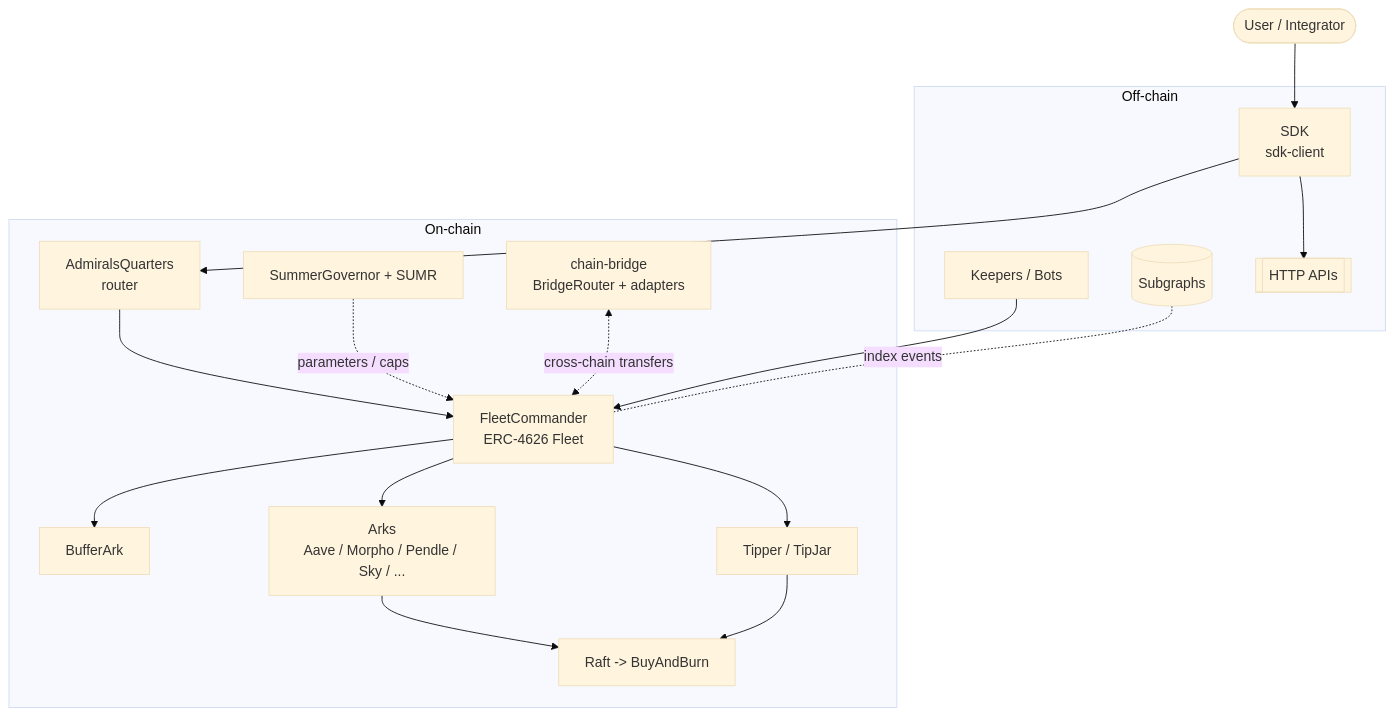
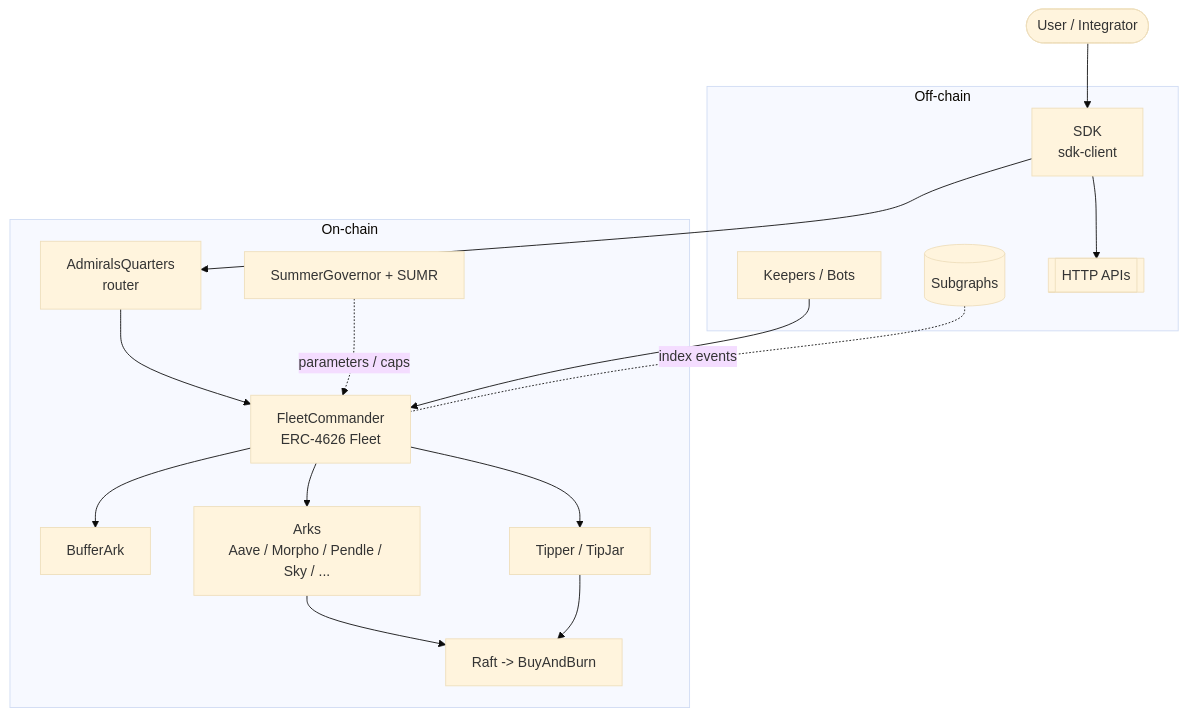
One commit to OasisDEX/summer-earn-protocol changed the diagram in gitbook/introduction/ecosystem-map.md. Above: the diagram before and after it, drawn with Mermaid (base theme). The commit also changed other lines of this file and 53 other files, not shown here.

First line of the commit message:
docs(gitbook): exclude unlaunched systems from published docs (chain-bridge, intent-system)

````diff
--- a/gitbook/introduction/ecosystem-map.md
+++ b/gitbook/introduction/ecosystem-map.md
@@ -10,31 +10,29 @@
 ```mermaid
 flowchart TB
   user([User / Integrator])
   subgraph offchain[Off-chain]
     sdk[SDK<br/>sdk-client]
     keeper[Keepers / Bots]
     subgraphs[(Subgraphs)]
     apis[[HTTP APIs]]
   end
   subgraph onchain[On-chain]
     aq[AdmiralsQuarters<br/>router]
     fc[FleetCommander<br/>ERC-4626 Fleet]
     buffer[BufferArk]
     arks[Arks<br/>Aave / Morpho / Pendle / Sky / ...]
     tip[Tipper / TipJar]
     raft[Raft -> BuyAndBurn]
     gov[SummerGovernor + SUMR]
-    bridge[chain-bridge<br/>BridgeRouter + adapters]
   end
 
   user --> sdk --> aq --> fc
   keeper --> fc
   fc --> buffer
   fc --> arks
   arks --> raft
   fc --> tip --> raft
   gov -. parameters / caps .-> fc
-  bridge <-. cross-chain transfers .-> fc
   subgraphs -. index events .- fc
   sdk --> apis
 ```
````
